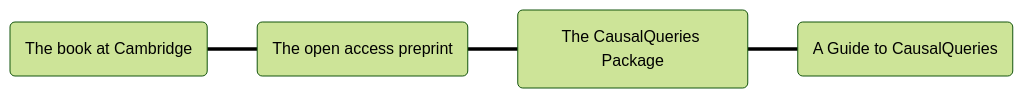
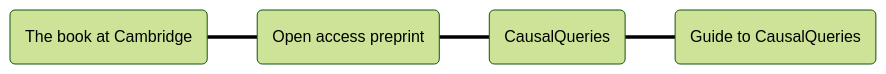
Before and after one commit to integrated-inferences/integrated-inferences.github.io: the diagram in index.qmd, drawn with Mermaid (forest theme). The commit also changed other lines of this file and 98 other files, not shown here.

````diff
--- a/index.qmd
+++ b/index.qmd
@@ -13,12 +21,13 @@
 ```{mermaid}
 %%{init: {"flowchart": {"htmlLabels": false}} }%%
 flowchart LR
         A(The book at Cambridge) === B
-        B(The open access preprint) === C
-        C("The CausalQueries Package") === D
-        D("A Guide to CausalQueries")
+        B(Open access preprint) === C
+        C("CausalQueries") === D
+        D("Guide to CausalQueries")
         click A "https://www.cambridge.org/core/books/integrated-inferences/45B07964AD4718A74CDE3E35A31F26FA"
         click B "https://macartan.github.io/integrated_inferences/"
         click C "https://integrated-inferences.github.io/CausalQueries/"
         click D "https://integrated-inferences.github.io/guide/"
+        
 ```
````
